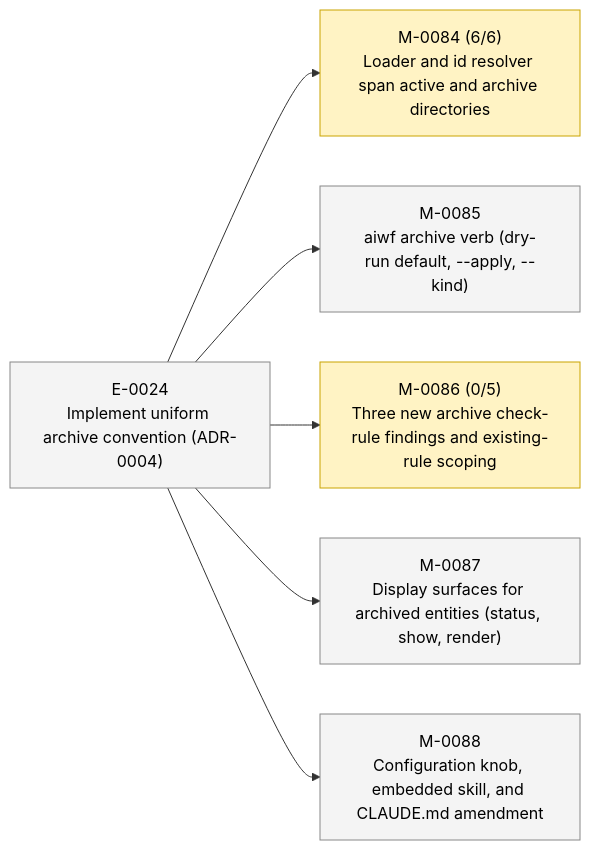
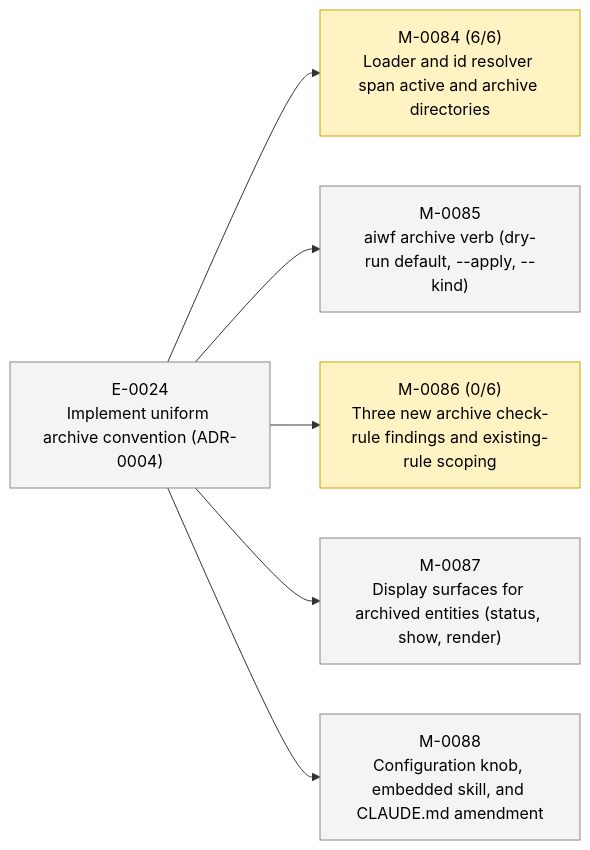
One commit to 23min/aiwf changed the second of 2 diagrams in STATUS.md. Above: the diagram before and after it, drawn with Mermaid. The commit also changed other lines of this file and 1 other file, not shown here.

First line of the commit message:
aiwf add ac M-0086/AC-6 "refsResolve: active-to-archive refs resolve, archive-side not linted"

````diff
--- a/STATUS.md
+++ b/STATUS.md
@@ -49,20 +49,20 @@
 ```mermaid
 flowchart LR
   E_0024["E-0024<br/>Implement uniform archive convention (ADR-0004)"]:::epic_proposed
   M_0084["M-0084 (6/6)<br/>Loader and id resolver span active and archive directories"]:::ms_in_progress
   E_0024 --> M_0084
   M_0085["M-0085<br/>aiwf archive verb (dry-run default, --apply, --kind)"]:::ms_draft
   E_0024 --> M_0085
-  M_0086["M-0086 (0/5)<br/>Three new archive check-rule findings and existing-rule scoping"]:::ms_in_progress
+  M_0086["M-0086 (0/6)<br/>Three new archive check-rule findings and existing-rule scoping"]:::ms_in_progress
   E_0024 --> M_0086
   M_0087["M-0087<br/>Display surfaces for archived entities (status, show, render)"]:::ms_draft
   E_0024 --> M_0087
   M_0088["M-0088<br/>Configuration knob, embedded skill, and CLAUDE.md amendment"]:::ms_draft
   E_0024 --> M_0088
   classDef epic_active fill:#d6eaff,stroke:#1a73e8,color:#000
   classDef epic_proposed fill:#f4f4f4,stroke:#888,color:#000
   classDef ms_done fill:#d8f5d8,stroke:#2a8a2a,color:#000
   classDef ms_in_progress fill:#fff3c4,stroke:#caa400,color:#000
   classDef ms_draft fill:#f4f4f4,stroke:#888,color:#000
   classDef ms_cancelled fill:#fbeaea,stroke:#c33,color:#000
 ```
````
